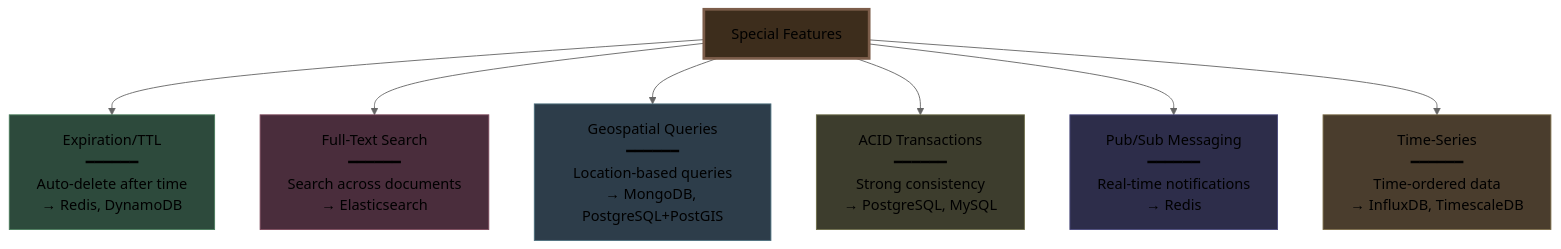
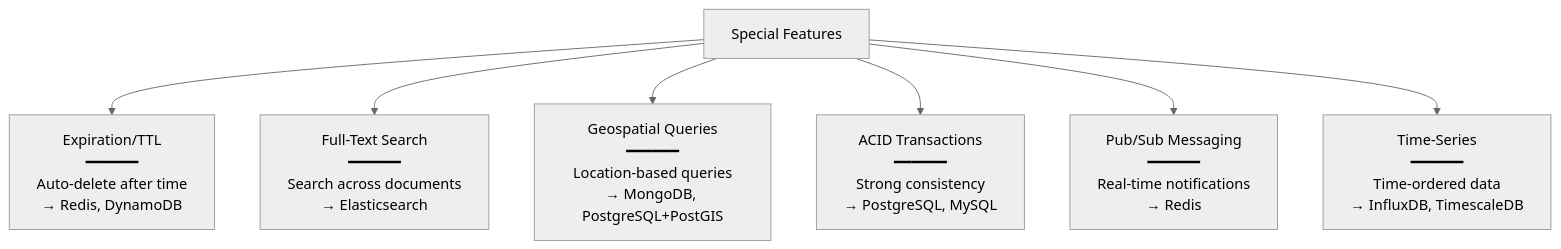
Diagram 11 of 21 in system design beginner/10. Picking the right database.md (Yash-Kavaiya/The-System-Design-Masterclass), drawn with Mermaid (neutral theme) before and after one commit. The commit also changed other lines of this file, not shown here.

````diff
--- a/system design beginner/10. Picking the right database.md
+++ b/system design beginner/10. Picking the right database.md
@@ -432,24 +390,17 @@
 ```mermaid
 graph TB
     FEATURES[Special Features]
     
     FEATURES --> EXP[Expiration/TTL<br/>━━━━━━<br/>Auto-delete after time<br/>→ Redis, DynamoDB]
     
     FEATURES --> SEARCH[Full-Text Search<br/>━━━━━━<br/>Search across documents<br/>→ Elasticsearch]
     
     FEATURES --> GEO[Geospatial Queries<br/>━━━━━━<br/>Location-based queries<br/>→ MongoDB, PostgreSQL+PostGIS]
     
     FEATURES --> TRANS[ACID Transactions<br/>━━━━━━<br/>Strong consistency<br/>→ PostgreSQL, MySQL]
     
     FEATURES --> PUBSUB[Pub/Sub Messaging<br/>━━━━━━<br/>Real-time notifications<br/>→ Redis]
     
     FEATURES --> TS[Time-Series<br/>━━━━━━<br/>Time-ordered data<br/>→ InfluxDB, TimescaleDB]
     
-    style FEATURES fill:#3d2d1c,stroke:#7c5d4a,stroke-width:3px
-    style EXP fill:#2d4a3c,stroke:#4a7c5c
-    style SEARCH fill:#4a2d3c,stroke:#7c4a5c
-    style GEO fill:#2d3d4a,stroke:#4a6d7c
-    style TRANS fill:#3d3d2d,stroke:#6d6d4a
-    style PUBSUB fill:#2d2d4a,stroke:#4a4a7c
-    style TS fill:#4a3d2d,stroke:#7c6d4a
 ```
````
